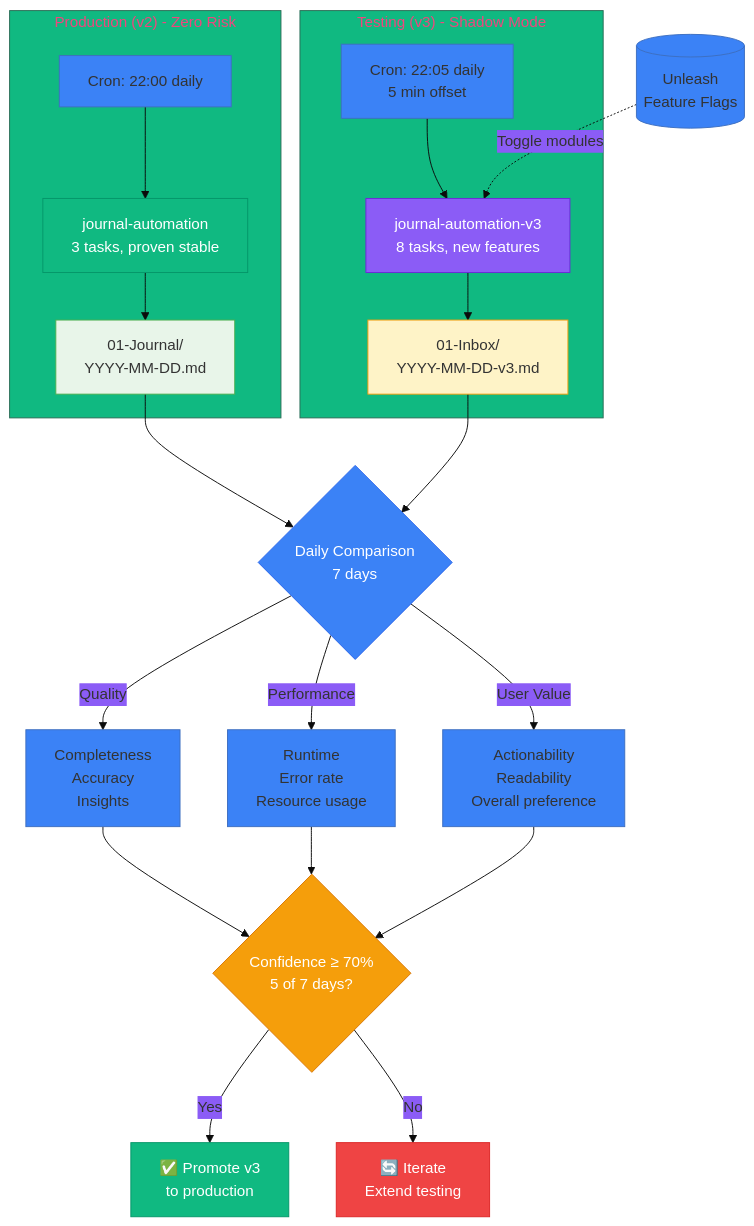
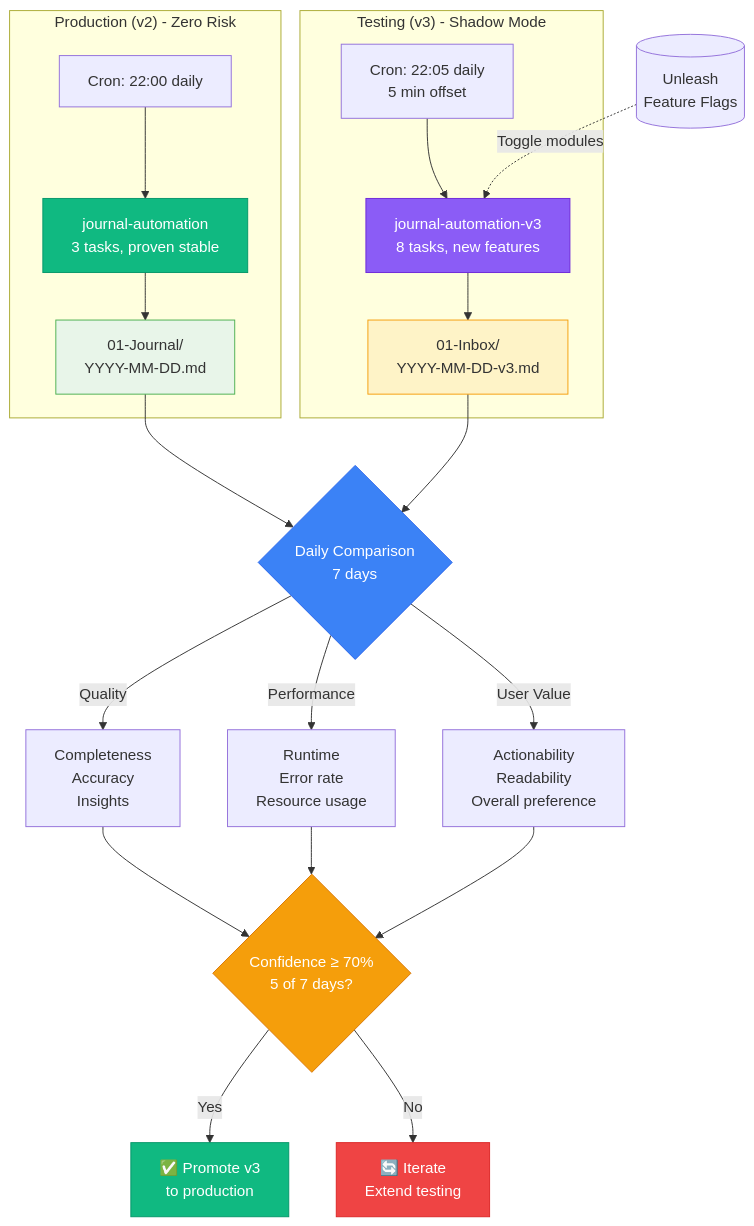
The sixth of 6 diagrams in src/data/blog/season-2-episode-4-three-systems-parallel-testing.md (rduffyuk/blog-astro), drawn with Mermaid before and after one commit. The commit also changed other lines of this file and 3 other files, not shown here.

First line of the commit message:
Add mermaid peer dependency and enable theme switching

````diff
--- a/src/data/blog/season-2-episode-4-three-systems-parallel-testing.md
+++ b/src/data/blog/season-2-episode-4-three-systems-parallel-testing.md
@@ -641,47 +636,46 @@
 ```mermaid
-%%{init: {'theme':'base', 'themeVariables': { 'primaryColor':'#3b82f6','secondaryColor':'#8b5cf6','tertiaryColor':'#10b981'}}}%%
 graph TB
     subgraph Production["Production (v2) - Zero Risk"]
         V2Cron[Cron: 22:00 daily]
         V2Flow[journal-automation<br/>3 tasks, proven stable]
         V2Output[01-Journal/<br/>YYYY-MM-DD.md]
 
         V2Cron --> V2Flow --> V2Output
 
         style V2Flow fill:#10b981,stroke:#059669,color:#fff
         style V2Output fill:#e8f5e9,stroke:#4caf50
     end
 
     subgraph Testing["Testing (v3) - Shadow Mode"]
         V3Cron[Cron: 22:05 daily<br/>5 min offset]
         V3Flow[journal-automation-v3<br/>8 tasks, new features]
         V3Output[01-Inbox/<br/>YYYY-MM-DD-v3.md]
 
         V3Cron --> V3Flow --> V3Output
 
         style V3Flow fill:#8b5cf6,stroke:#6d28d9,color:#fff
         style V3Output fill:#fef3c7,stroke:#f59e0b
     end
 
     Compare{Daily Comparison<br/>7 days}
     V2Output --> Compare
     V3Output --> Compare
 
     Compare -->|Quality| Score1[Completeness<br/>Accuracy<br/>Insights]
     Compare -->|Performance| Score2[Runtime<br/>Error rate<br/>Resource usage]
     Compare -->|User Value| Score3[Actionability<br/>Readability<br/>Overall preference]
 
     Score1 --> Decision{Confidence ≥ 70%<br/>5 of 7 days?}
     Score2 --> Decision
     Score3 --> Decision
 
     Decision -->|Yes| Promote[✅ Promote v3<br/>to production]
     Decision -->|No| Iterate[🔄 Iterate<br/>Extend testing]
 
     Unleash[(Unleash<br/>Feature Flags)] -.->|Toggle modules| V3Flow
 
     style Compare fill:#3b82f6,stroke:#2563eb,color:#fff
     style Decision fill:#f59e0b,stroke:#d97706,color:#fff
     style Promote fill:#10b981,stroke:#059669,color:#fff
     style Iterate fill:#ef4444,stroke:#dc2626,color:#fff
 ```
````
